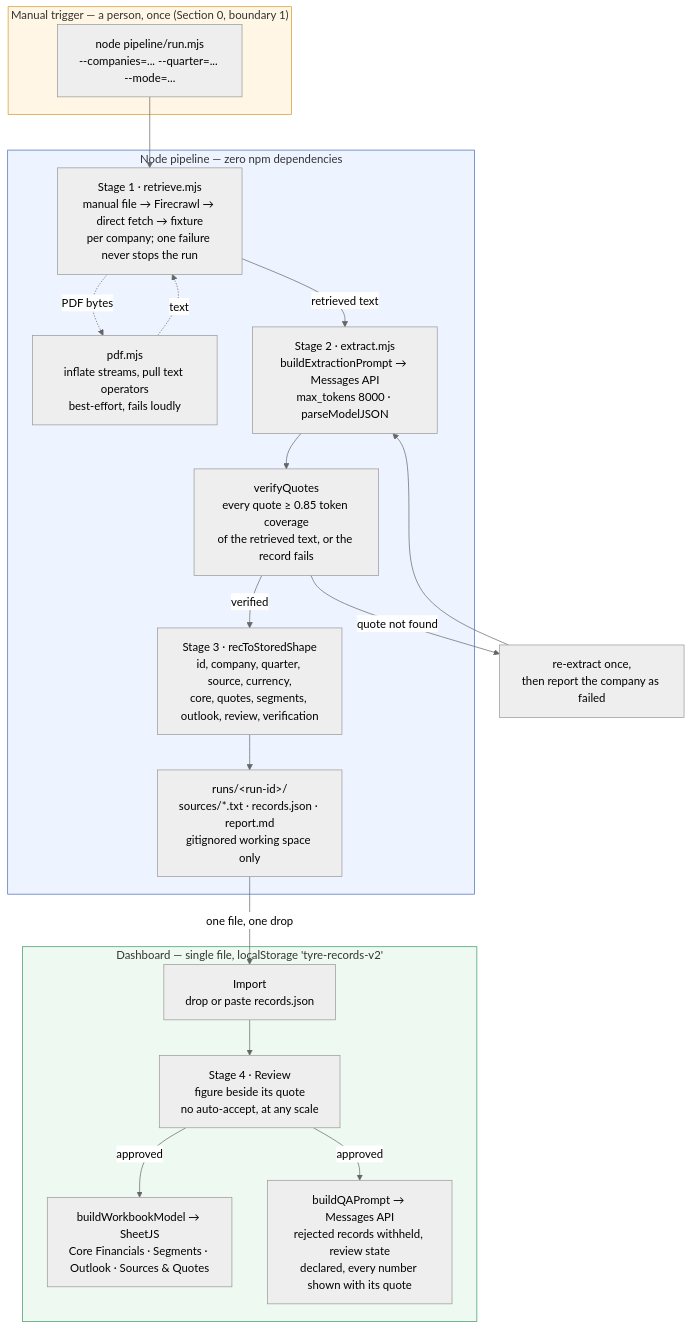
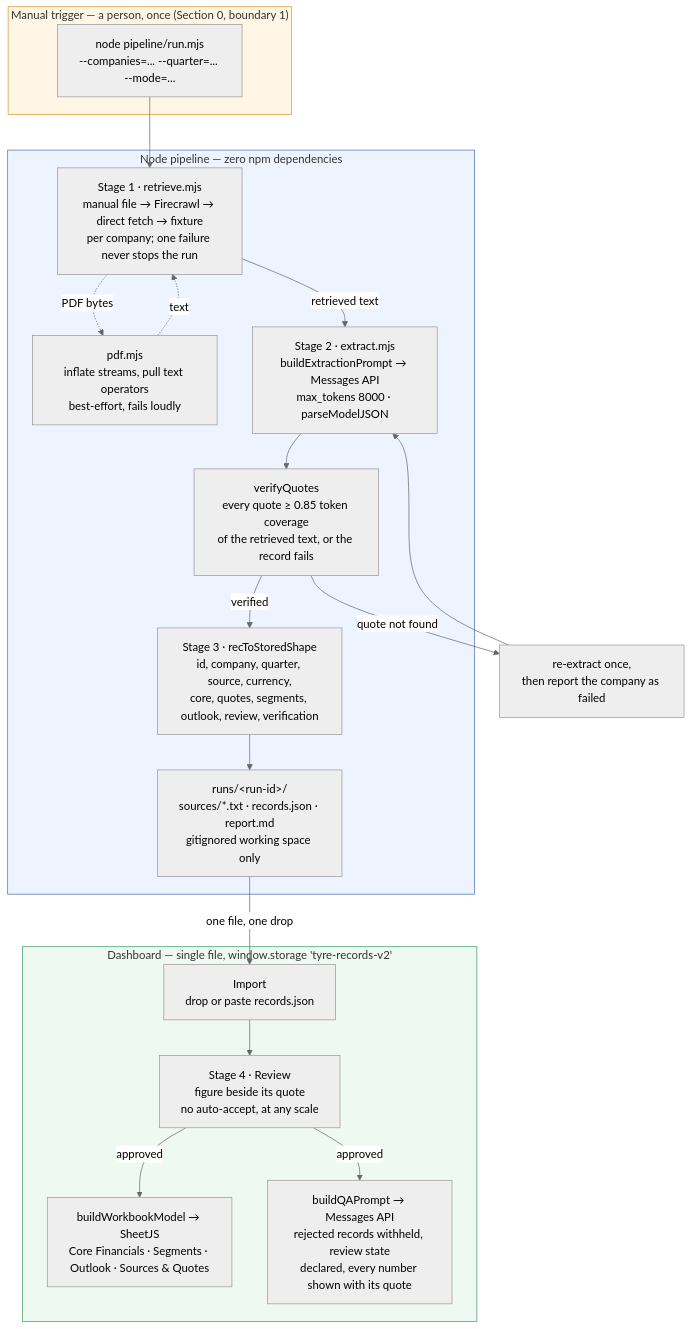
The diagram in docs/ARCHITECTURE.md (aradhyatripathi/letsSee), drawn with Mermaid (neutral theme) before and after one commit. The commit also changed other lines of this file and 6 other files, not shown here.

````diff
--- a/docs/ARCHITECTURE.md
+++ b/docs/ARCHITECTURE.md
@@ -62,40 +62,40 @@
 ```mermaid
 flowchart TD
     subgraph trigger["Manual trigger — a person, once (Section 0, boundary 1)"]
         CLI["node pipeline/run.mjs\n--companies=... --quarter=... --mode=..."]
     end
 
     subgraph node["Node pipeline — zero npm dependencies"]
         R["Stage 1 · retrieve.mjs\nmanual file → Firecrawl → direct fetch → fixture\nper company; one failure never stops the run"]
         P["pdf.mjs\ninflate streams, pull text operators\nbest-effort, fails loudly"]
         X["Stage 2 · extract.mjs\nbuildExtractionPrompt → Messages API\nmax_tokens 8000 · parseModelJSON"]
         V["verifyQuotes\nevery quote ≥ 0.85 token coverage\nof the retrieved text, or the record fails"]
         S["Stage 3 · recToStoredShape\nid, company, quarter, source, currency,\ncore, quotes, segments, outlook, review, verification"]
         W["runs/&lt;run-id&gt;/\nsources/*.txt · records.json · report.md\ngitignored working space only"]
     end
 
-    subgraph browser["Dashboard — single file, localStorage 'tyre-records-v2'"]
+    subgraph browser["Dashboard — single file, window.storage 'tyre-records-v2'"]
         I["Import\ndrop or paste records.json"]
         Q["Stage 4 · Review\nfigure beside its quote\nno auto-accept, at any scale"]
         E["buildWorkbookModel → SheetJS\nCore Financials · Segments · Outlook · Sources &amp; Quotes"]
         A["buildQAPrompt → Messages API\nrejected records withheld, review state\ndeclared, every number shown with its quote"]
     end
 
     CLI --> R
     R -.->|PDF bytes| P
     P -.->|text| R
     R -->|retrieved text| X
     X --> V
     V -->|verified| S
     V -->|quote not found| RETRY["re-extract once,\nthen report the company as failed"]
     RETRY --> X
     S --> W
     W -->|one file, one drop| I
     I --> Q
     Q -->|approved| E
     Q -->|approved| A
 
     style trigger fill:#fff6e5,stroke:#d99a2b
     style node fill:#eef4ff,stroke:#4a6fb5
     style browser fill:#eefaf1,stroke:#3f9a68
 ```
````
